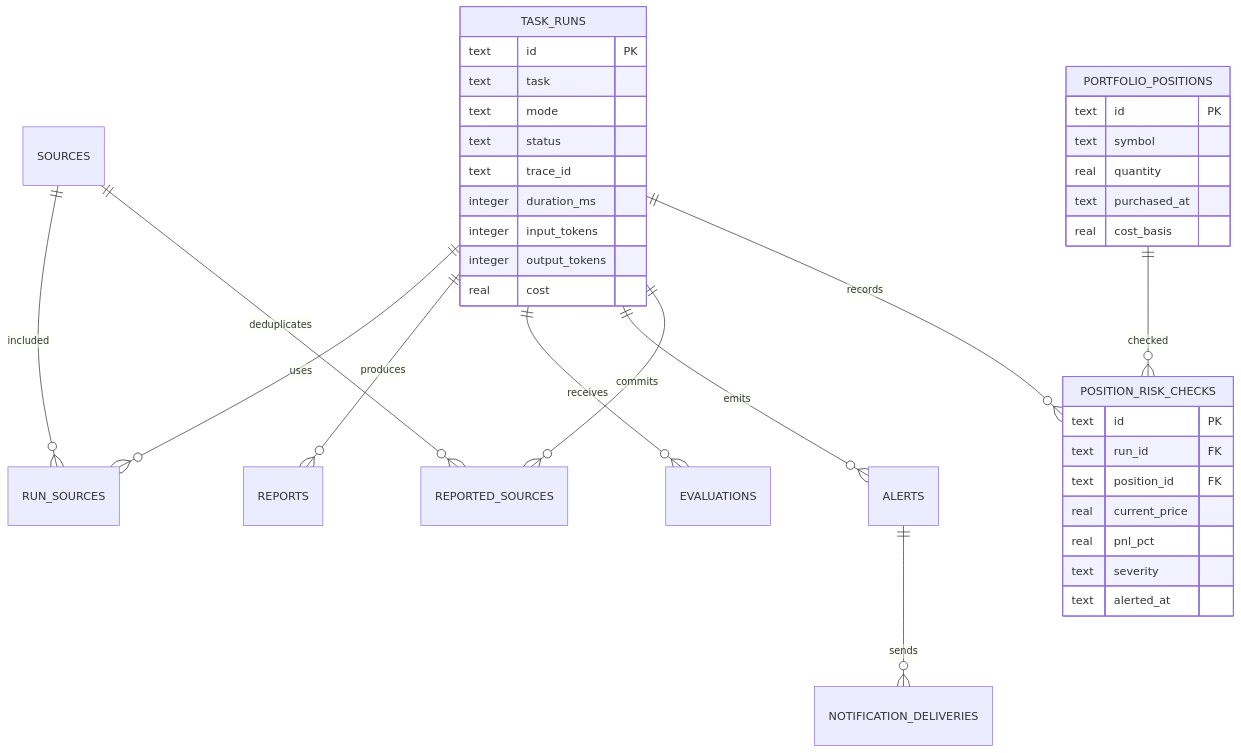
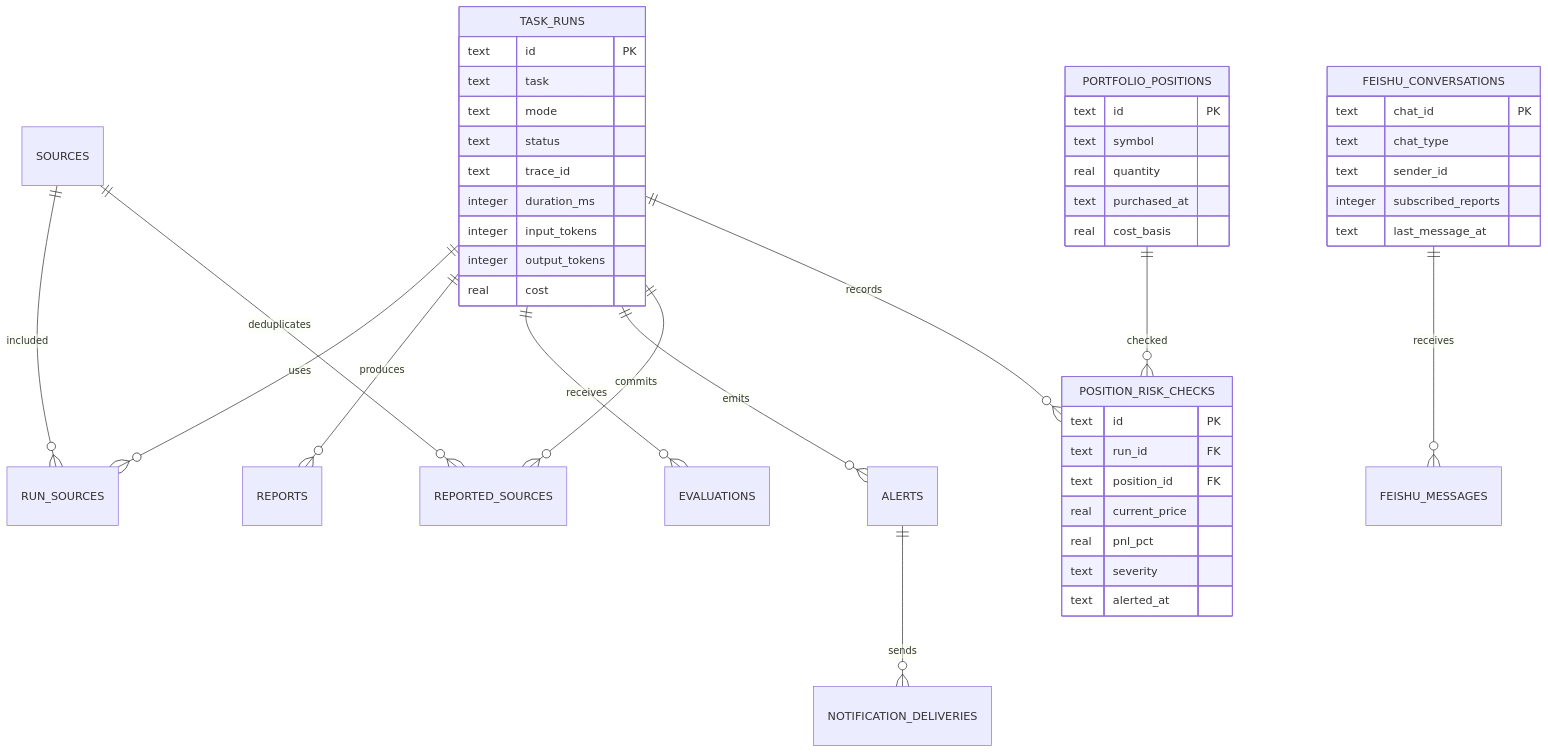
Before and after one commit to fishisnow/livermore: the third of 5 diagrams in docs/ARCHITECTURE.md, drawn with Mermaid. The commit also changed other lines of this file and 161 other files, not shown here.

````diff
--- a/docs/ARCHITECTURE.md
+++ b/docs/ARCHITECTURE.md
@@ -70,41 +74,49 @@
 ```mermaid
 erDiagram
     TASK_RUNS ||--o{ RUN_SOURCES : uses
     SOURCES ||--o{ RUN_SOURCES : included
     TASK_RUNS ||--o{ REPORTS : produces
     TASK_RUNS ||--o{ EVALUATIONS : receives
     TASK_RUNS ||--o{ ALERTS : emits
     ALERTS ||--o{ NOTIFICATION_DELIVERIES : sends
     TASK_RUNS ||--o{ REPORTED_SOURCES : commits
     SOURCES ||--o{ REPORTED_SOURCES : deduplicates
     PORTFOLIO_POSITIONS ||--o{ POSITION_RISK_CHECKS : checked
     TASK_RUNS ||--o{ POSITION_RISK_CHECKS : records
+    FEISHU_CONVERSATIONS ||--o{ FEISHU_MESSAGES : receives
 
     TASK_RUNS {
       text id PK
       text task
       text mode
       text status
       text trace_id
       integer duration_ms
       integer input_tokens
       integer output_tokens
       real cost
     }
     PORTFOLIO_POSITIONS {
       text id PK
       text symbol
       real quantity
       text purchased_at
       real cost_basis
     }
     POSITION_RISK_CHECKS {
       text id PK
       text run_id FK
       text position_id FK
       real current_price
       real pnl_pct
       text severity
       text alerted_at
     }
+    FEISHU_CONVERSATIONS {
+      text chat_id PK
+      text chat_type
+      text sender_id
+      integer subscribed_reports
+      text last_message_at
+    }
 ```
````
